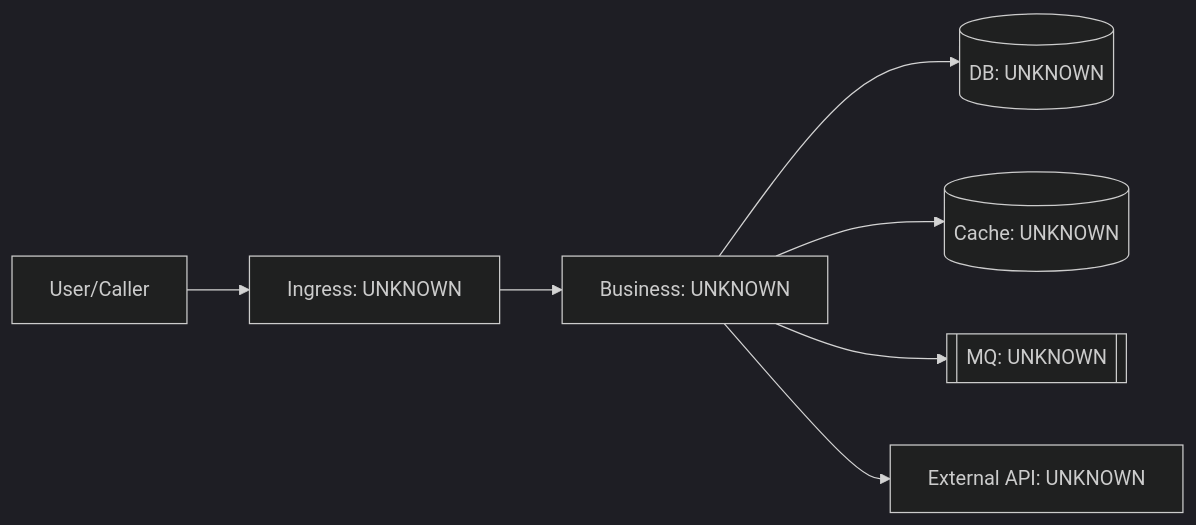
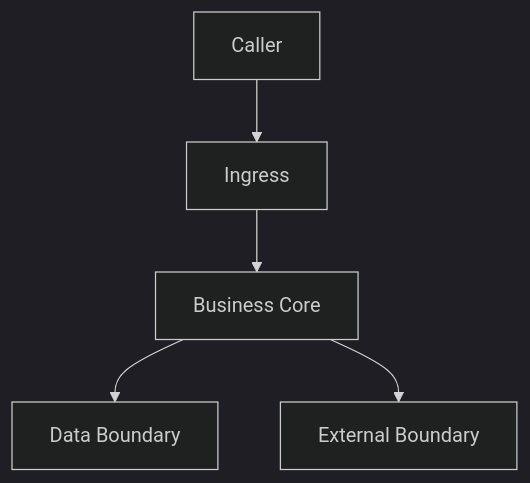
One commit to WangXianan456/repo-global-map changed the first of 2 diagrams in templates/global-map-template.md. Above: the diagram before and after it, drawn with Mermaid (dark theme). The commit also changed other lines of this file and 5 other files, not shown here.

Commit message:
docs: improve Obsidian diagram readability

````diff
--- a/templates/global-map-template.md
+++ b/templates/global-map-template.md
@@ -15,9 +17,7 @@
 ```mermaid
-flowchart LR
-U[User/Caller] --> I[Ingress: UNKNOWN]
-I --> B[Business: UNKNOWN]
-B --> D[(DB: UNKNOWN)]
-B --> C[(Cache: UNKNOWN)]
-B --> M[[MQ: UNKNOWN]]
-B --> E[External API: UNKNOWN]
+flowchart TD
+U[Caller] --> I[Ingress]
+I --> B[Business Core]
+B --> D[Data Boundary]
+B --> E[External Boundary]
 ```
````
